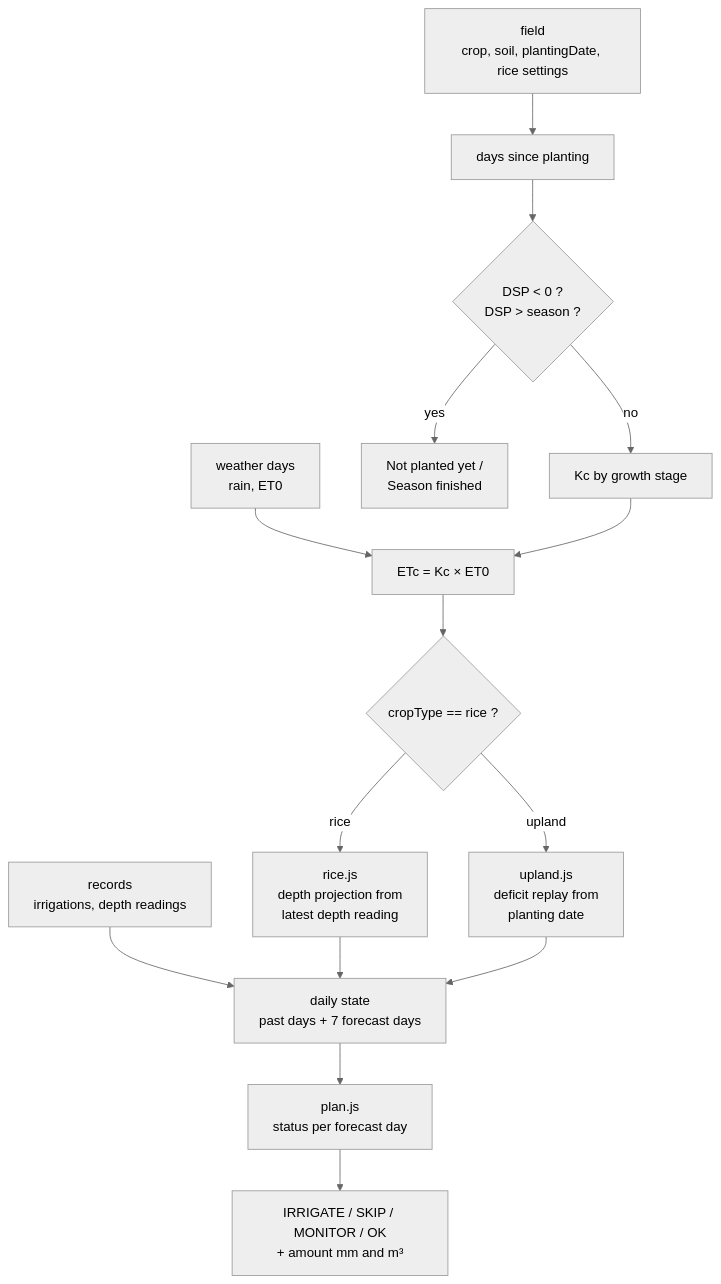
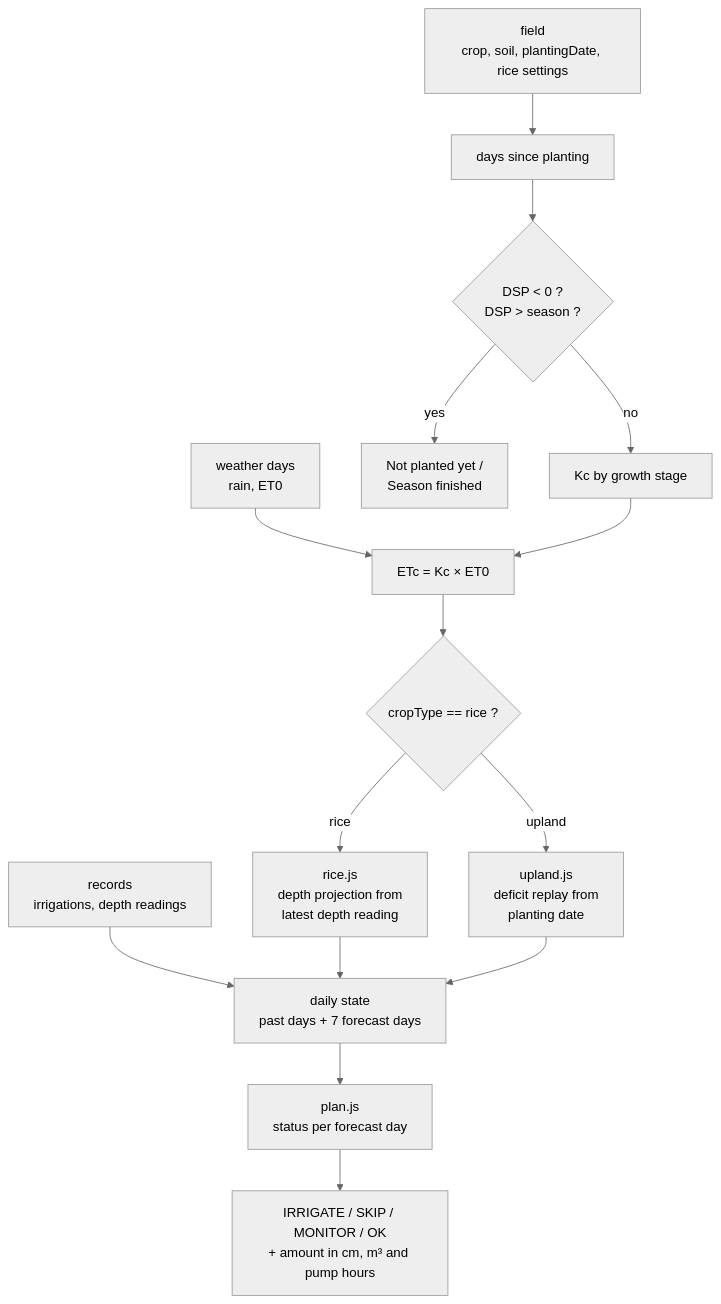
One commit to ViiUnknown/aquaplan changed diagram 12 of 13 in ARCHITECTURE.md. Above: the diagram before and after it, drawn with Mermaid (neutral theme). The commit also changed other lines of this file and 37 other files, not shown here.

````diff
--- a/ARCHITECTURE.md
+++ b/ARCHITECTURE.md
@@ -400,18 +431,18 @@
 ```mermaid
 flowchart TB
     in1["field<br/>crop, soil, plantingDate, rice settings"] --> dsp
     in2["weather days<br/>rain, ET0"] --> etc
     in3["records<br/>irrigations, depth readings"] --> sim
 
     dsp["days since planting"] --> chk{"DSP < 0 ?<br/>DSP > season ?"}
     chk -- "yes" --> special["Not planted yet /<br/>Season finished"]
     chk -- "no" --> kc["Kc by growth stage"]
     kc --> etc["ETc = Kc × ET0"]
     etc --> pick{"cropType == rice ?"}
     pick -- "rice" --> sim_r["rice.js<br/>depth projection from<br/>latest depth reading"]
     pick -- "upland" --> sim_u["upland.js<br/>deficit replay from<br/>planting date"]
     sim_r --> sim
     sim_u --> sim
     sim["daily state<br/>past days + 7 forecast days"] --> plan["plan.js<br/>status per forecast day"]
-    plan --> out["IRRIGATE / SKIP / MONITOR / OK<br/>+ amount mm and m³"]
+    plan --> out["IRRIGATE / SKIP / MONITOR / OK<br/>+ amount in cm, m³ and pump hours"]
 ```
````
